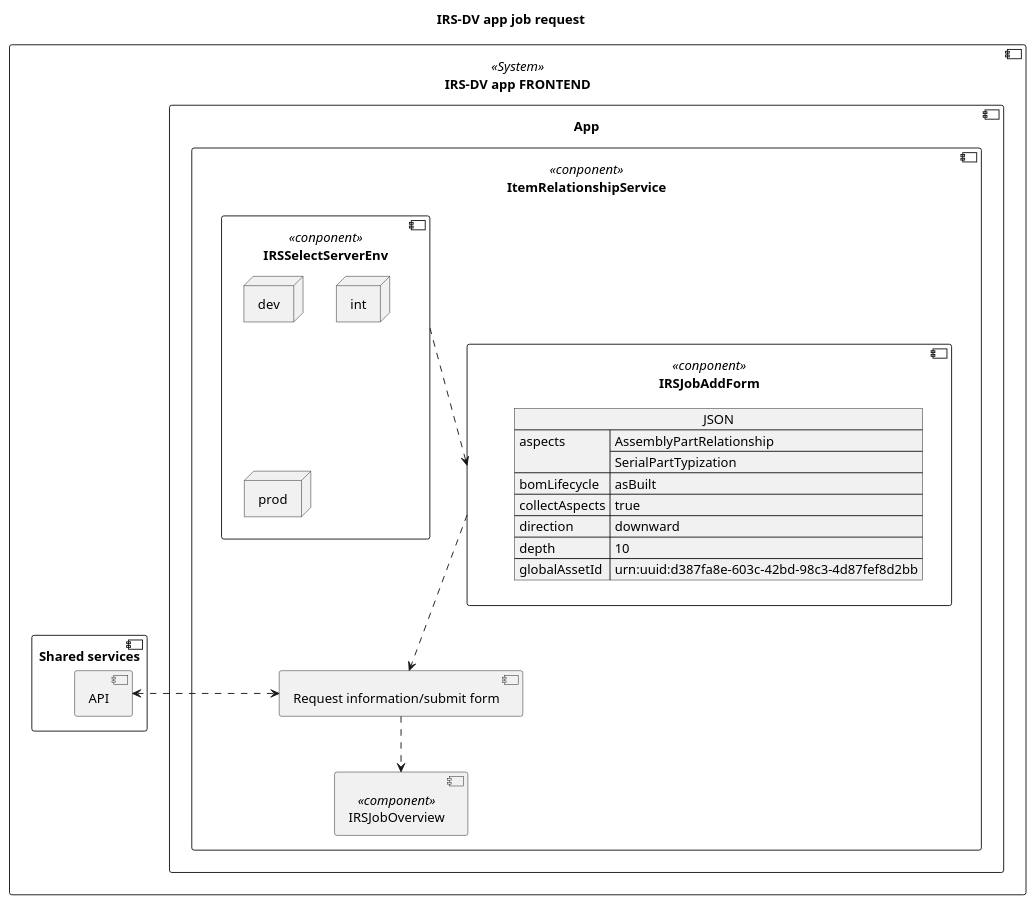
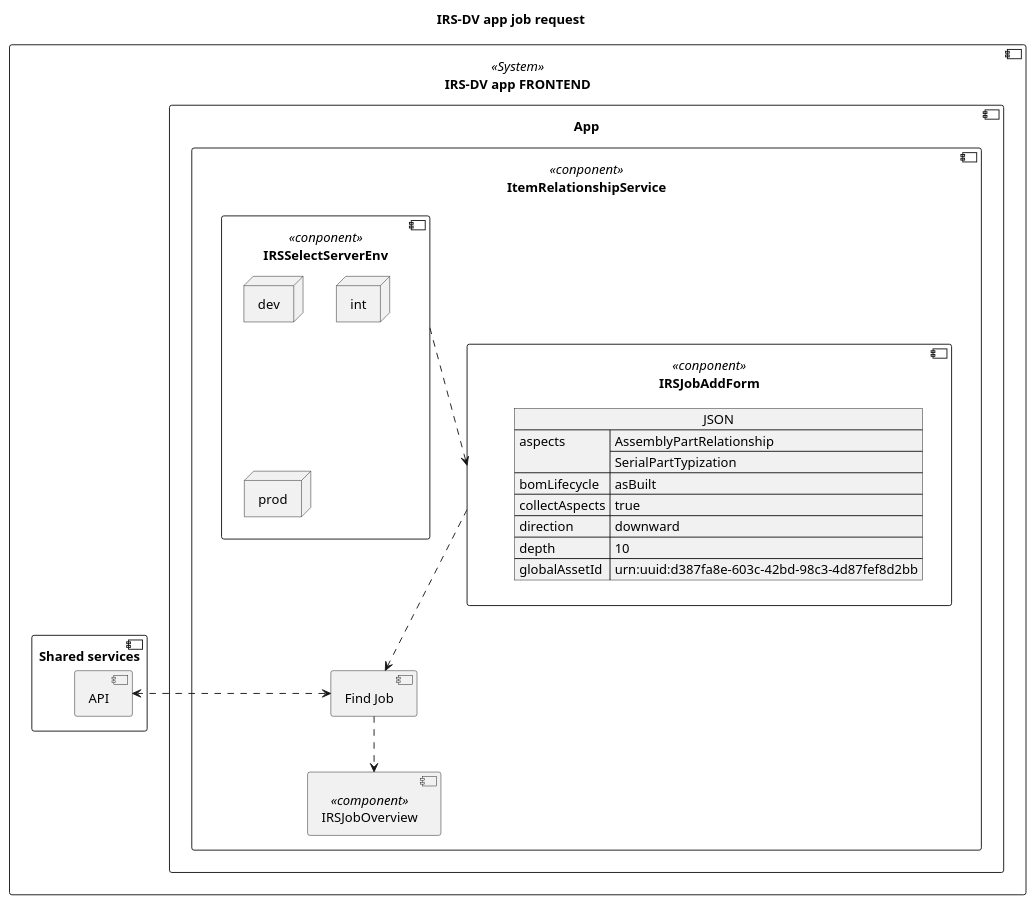
The diagram in docs/puml-diagrams/whitebox-level1.puml (zlalvani/product-item-relationship-service-frontend), drawn with PlantUML before and after one commit. The commit also changed 8 other files, not shown here.

Commit message:
docs: update docs, graphs

```diff
--- a/docs/puml-diagrams/whitebox-level1.puml
+++ b/docs/puml-diagrams/whitebox-level1.puml
@@ -1,48 +1,48 @@
 @startuml
 title: IRS-DV app job request
 allowmixing
 
 
 component "IRS-DV app FRONTEND" as irsdv  << System >> {
 
 component App as mainPage {
 component "ItemRelationshipService" as request  << conponent >>{
 
 component "IRSSelectServerEnv" as env << conponent >> {
 node dev
 node int
 node prod
 }
 
 component "IRSJobAddForm" as parameters  << conponent >> {
 json JSON {
   "aspects": [
     "AssemblyPartRelationship",
     "SerialPartTypization"
   ],
   "bomLifecycle": "asBuilt",
   "collectAspects": true,
   "direction": "downward",
   "depth": 10,
   "globalAssetId": "urn:uuid:d387fa8e-603c-42bd-98c3-4d87fef8d2bb"
 }
 }
-component "Request information/submit form" as button
+component "Find Job" as button
 
 component "IRSJobOverview" as table << component >>
 }
 
 }
 
 component "Shared services" {
 component "API" as api
 }
 
 
 env ..> parameters 
 parameters ..> button
 button <.> api
 button ..> table
 
 
 @enduml
```
